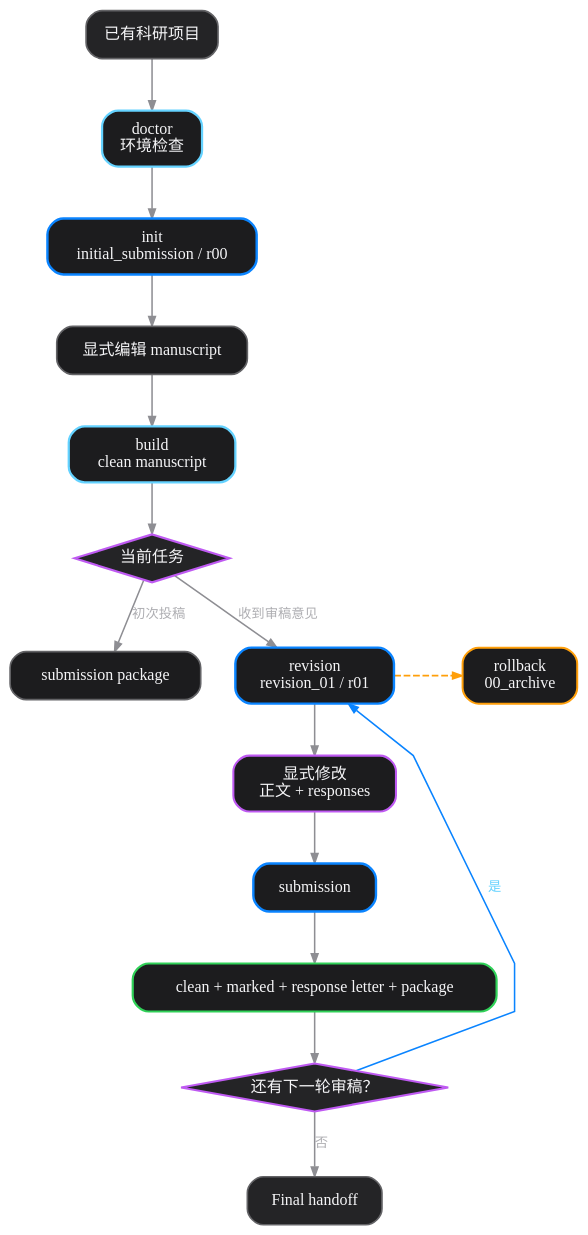
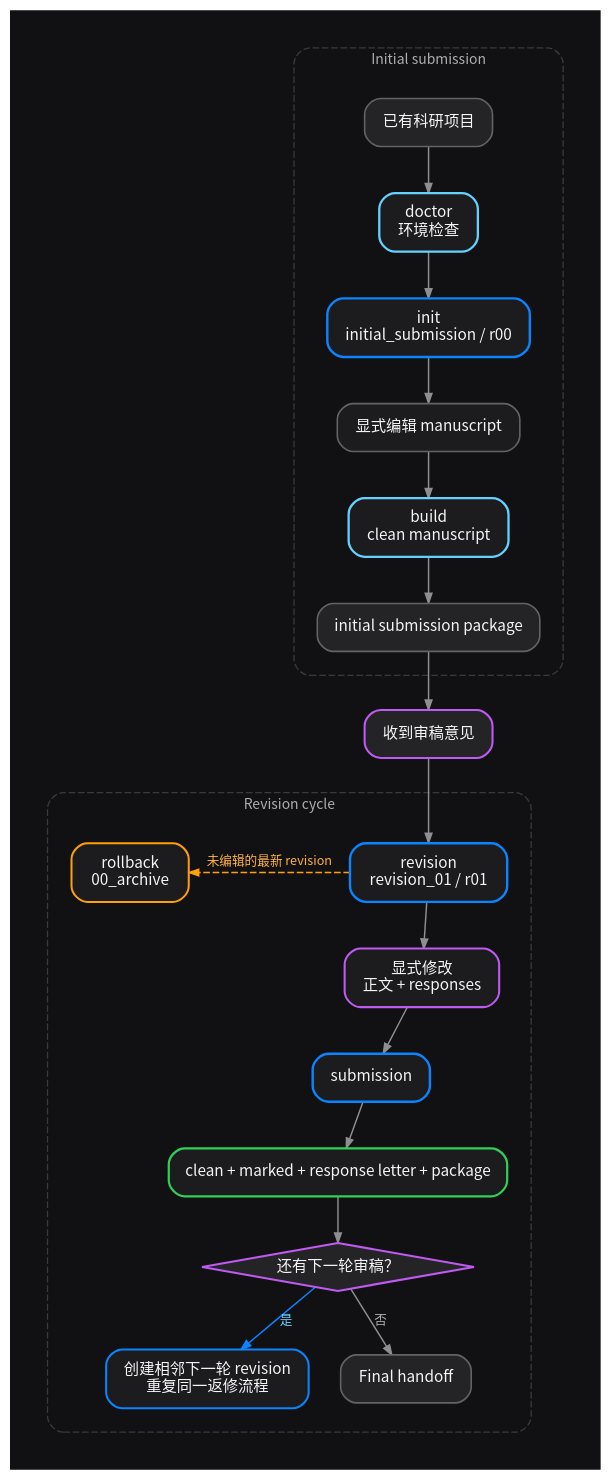
The diagram in src/diagrams/sci-manuscript-lifecycle.dot (cigit-zgy/water-modeling-notes), drawn with Graphviz before and after one commit. The commit also changed 1 other file, not shown here.

Commit message:
fix: make Graphviz figure browser-safe

```diff
--- a/src/diagrams/sci-manuscript-lifecycle.dot
+++ b/src/diagrams/sci-manuscript-lifecycle.dot
@@ -1,58 +1,86 @@
 digraph ManuscriptLifecycle {
   graph [
     rankdir=TB,
-    bgcolor="transparent",
-    pad=0.22,
-    nodesep=0.36,
-    ranksep=0.52,
+    bgcolor="#111113",
+    pad=0.28,
+    nodesep=0.34,
+    ranksep=0.46,
     splines=polyline,
     outputorder=edgesfirst,
-    fontname="LXGW WenKai Screen"
+    fontname="Noto Sans CJK SC",
+    fontsize=12,
+    labelloc=t
   ];
 
   node [
     shape=box,
     style="rounded,filled",
     fillcolor="#1C1C1E",
     color="#636366",
     fontcolor="#F5F5F7",
-    fontname="LXGW WenKai Screen",
-    fontsize=12,
-    penwidth=1.25,
-    margin="0.18,0.11"
+    fontname="Noto Sans CJK SC",
+    fontsize=11.5,
+    penwidth=1.2,
+    margin="0.20,0.12"
   ];
 
   edge [
     color="#8E8E93",
     fontcolor="#AEAEB2",
-    fontname="LXGW WenKai Screen",
-    fontsize=10,
-    penwidth=1.15,
+    fontname="Noto Sans CJK SC",
+    fontsize=9.5,
+    penwidth=1.1,
     arrowsize=0.72
   ];
 
-  project [label="已有科研项目", fillcolor="#242426"];
-  doctor [label="doctor\n环境检查", color="#64D2FF", penwidth=1.7];
-  r00 [label="init\ninitial_submission / r00", color="#0A84FF", penwidth=1.8];
-  edit0 [label="显式编辑 manuscript"];
-  build [label="build\nclean manuscript", color="#64D2FF", penwidth=1.7];
-  task [label="当前任务", shape=diamond, style="filled", fillcolor="#242426", color="#BF5AF2", penwidth=1.6, margin="0.12,0.06"];
-  first [label="submission package"];
-  revision [label="revision\nrevision_01 / r01", color="#0A84FF", penwidth=1.8];
-  edit1 [label="显式修改\n正文 + responses", color="#BF5AF2", penwidth=1.55];
-  submit [label="submission", color="#0A84FF", penwidth=1.8];
-  bundle [label="clean + marked + response letter + package", color="#30D158", penwidth=1.65];
-  again [label="还有下一轮审稿？", shape=diamond, style="filled", fillcolor="#242426", color="#BF5AF2", penwidth=1.6, margin="0.12,0.06"];
-  final [label="Final handoff", fillcolor="#242426"];
-  archive [label="rollback\n00_archive", color="#FF9F0A", penwidth=1.5];
+  subgraph cluster_initial {
+    label="Initial submission";
+    color="#3A3A3C";
+    fontcolor="#AEAEB2";
+    fontname="Noto Sans CJK SC";
+    fontsize=10.5;
+    style="rounded,dashed";
+    penwidth=1;
+    margin=18;
 
-  { rank=same; revision; archive; }
+    project [label="已有科研项目", fillcolor="#242426"];
+    doctor [label="doctor\n环境检查", color="#64D2FF", penwidth=1.7];
+    r00 [label="init\ninitial_submission / r00", color="#0A84FF", penwidth=1.8];
+    edit0 [label="显式编辑 manuscript"];
+    build [label="build\nclean manuscript", color="#64D2FF", penwidth=1.7];
+    initial_pkg [label="initial submission package", fillcolor="#242426"];
 
-  project -> doctor -> r00 -> edit0 -> build -> task;
-  task -> first [label="初次投稿"];
-  task -> revision [label="收到审稿意见"];
-  revision -> edit1 -> submit -> bundle -> again;
-  again -> revision [label="是", constraint=false, color="#0A84FF", fontcolor="#64D2FF"];
-  again -> final [label="否"];
-  revision -> archive [style=dashed, color="#FF9F0A", fontcolor="#FFB340", constraint=false];
+    project -> doctor -> r00 -> edit0 -> build -> initial_pkg;
+  }
+
+  reviews [label="收到审稿意见", fillcolor="#242426", color="#BF5AF2", penwidth=1.55];
+
+  subgraph cluster_revision {
+    label="Revision cycle";
+    color="#3A3A3C";
+    fontcolor="#AEAEB2";
+    fontname="Noto Sans CJK SC";
+    fontsize=10.5;
+    style="rounded,dashed";
+    penwidth=1;
+    margin=18;
+
+    revision [label="revision\nrevision_01 / r01", color="#0A84FF", penwidth=1.8];
+    edit1 [label="显式修改\n正文 + responses", color="#BF5AF2", penwidth=1.55];
+    submit [label="submission", color="#0A84FF", penwidth=1.8];
+    bundle [label="clean + marked + response letter + package", color="#30D158", penwidth=1.65];
+    again [label="还有下一轮审稿？", shape=diamond, style="filled", fillcolor="#242426", color="#BF5AF2", penwidth=1.6, margin="0.14,0.07"];
+    next [label="创建相邻下一轮 revision\n重复同一返修流程", color="#0A84FF", penwidth=1.55];
+    final [label="Final handoff", fillcolor="#242426"];
+    archive [label="rollback\n00_archive", color="#FF9F0A", penwidth=1.5];
+
+    { rank=same; revision; archive; }
+
+    revision -> edit1 -> submit -> bundle -> again;
+    again -> next [label="是", color="#0A84FF", fontcolor="#64D2FF"];
+    again -> final [label="否"];
+  }
+
+  initial_pkg -> reviews -> revision;
+  revision -> archive [style=dashed, color="#FF9F0A", fontcolor="#FFB340", label="未编辑的最新 revision", constraint=false];
 }
```
